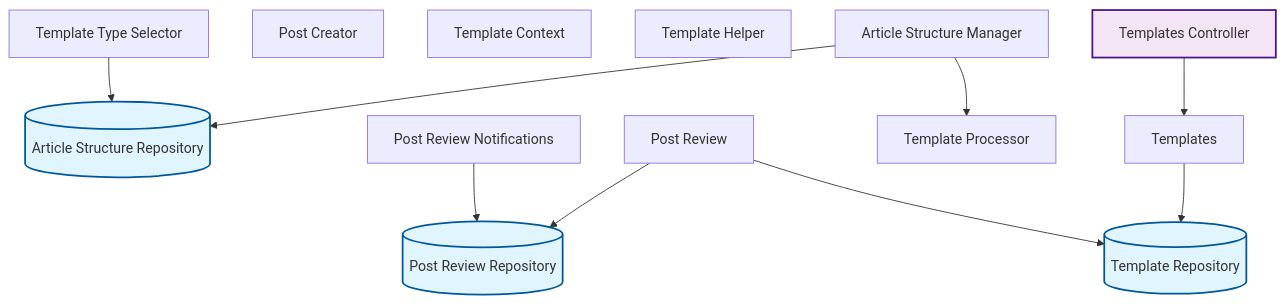
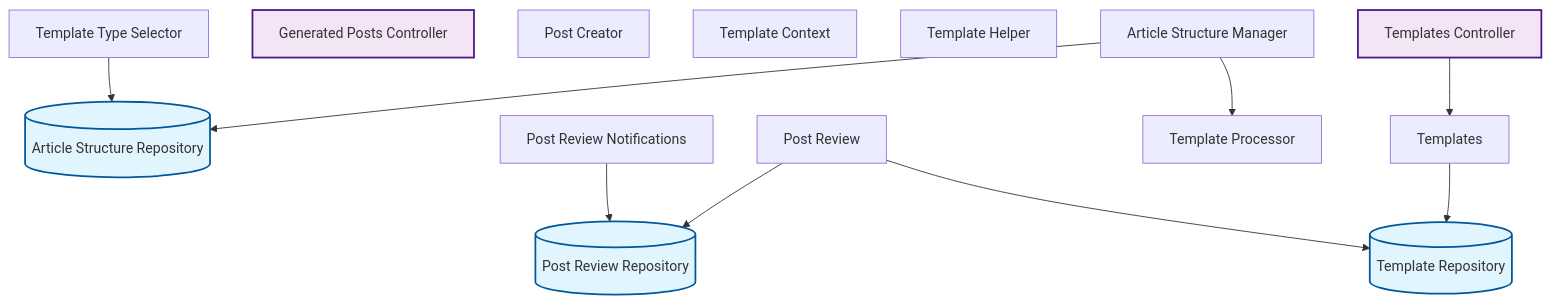
The fourth of 10 diagrams in docs/feature-report.md (rpnunez/wp-ai-scheduler), drawn with Mermaid before and after one commit. The commit also changed other lines of this file, not shown here.

````diff
--- a/docs/feature-report.md
+++ b/docs/feature-report.md
@@ -166,33 +166,34 @@
 ```mermaid
 flowchart TD
     %% Content Management Architecture
 
     Article_Structure_Manager["Article Structure Manager"]
     Article_Structure_Repository[("Article Structure Repository")]
+    Generated_Posts_Controller["Generated Posts Controller"]
     Post_Creator["Post Creator"]
     Post_Review_Notifications["Post Review Notifications"]
     Post_Review_Repository[("Post Review Repository")]
     Post_Review["Post Review"]
     Template_Context["Template Context"]
     Template_Helper["Template Helper"]
     Template_Processor["Template Processor"]
     Template_Repository[("Template Repository")]
     Template_Type_Selector["Template Type Selector"]
     Templates_Controller["Templates Controller"]
     Templates["Templates"]
 
+    Article_Structure_Manager --> Article_Structure_Repository
     Article_Structure_Manager --> Template_Processor
-    Article_Structure_Manager --> Article_Structure_Repository
     Post_Review_Notifications --> Post_Review_Repository
+    Post_Review --> Post_Review_Repository
     Post_Review --> Template_Repository
-    Post_Review --> Post_Review_Repository
     Template_Type_Selector --> Article_Structure_Repository
     Templates_Controller --> Templates
     Templates --> Template_Repository
 
     classDef repository fill:#e1f5ff,stroke:#01579b,stroke-width:2px
     classDef service fill:#fff3e0,stroke:#e65100,stroke-width:2px
     classDef controller fill:#f3e5f5,stroke:#4a148c,stroke-width:2px
     class Article_Structure_Repository,Post_Review_Repository,Template_Repository repository
-    class Templates_Controller controller
+    class Generated_Posts_Controller,Templates_Controller controller
 ```
````
